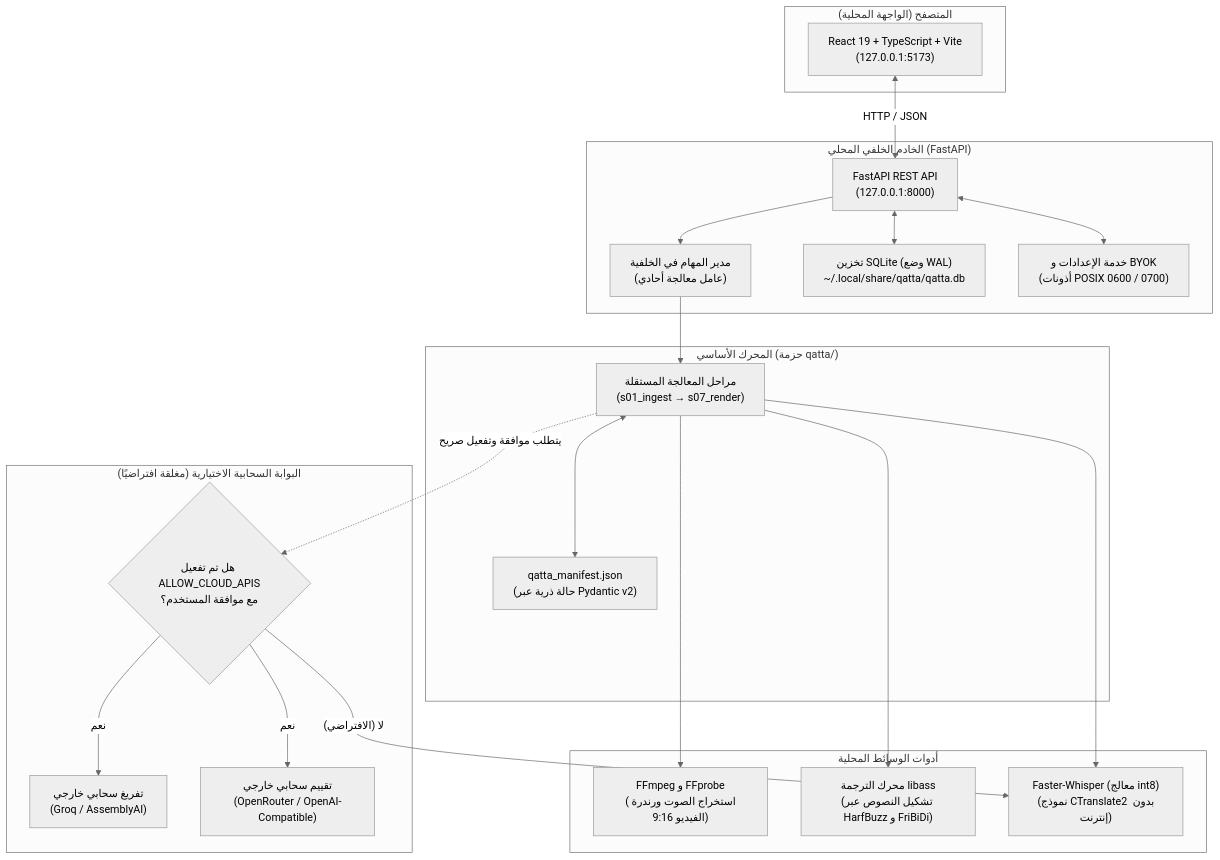
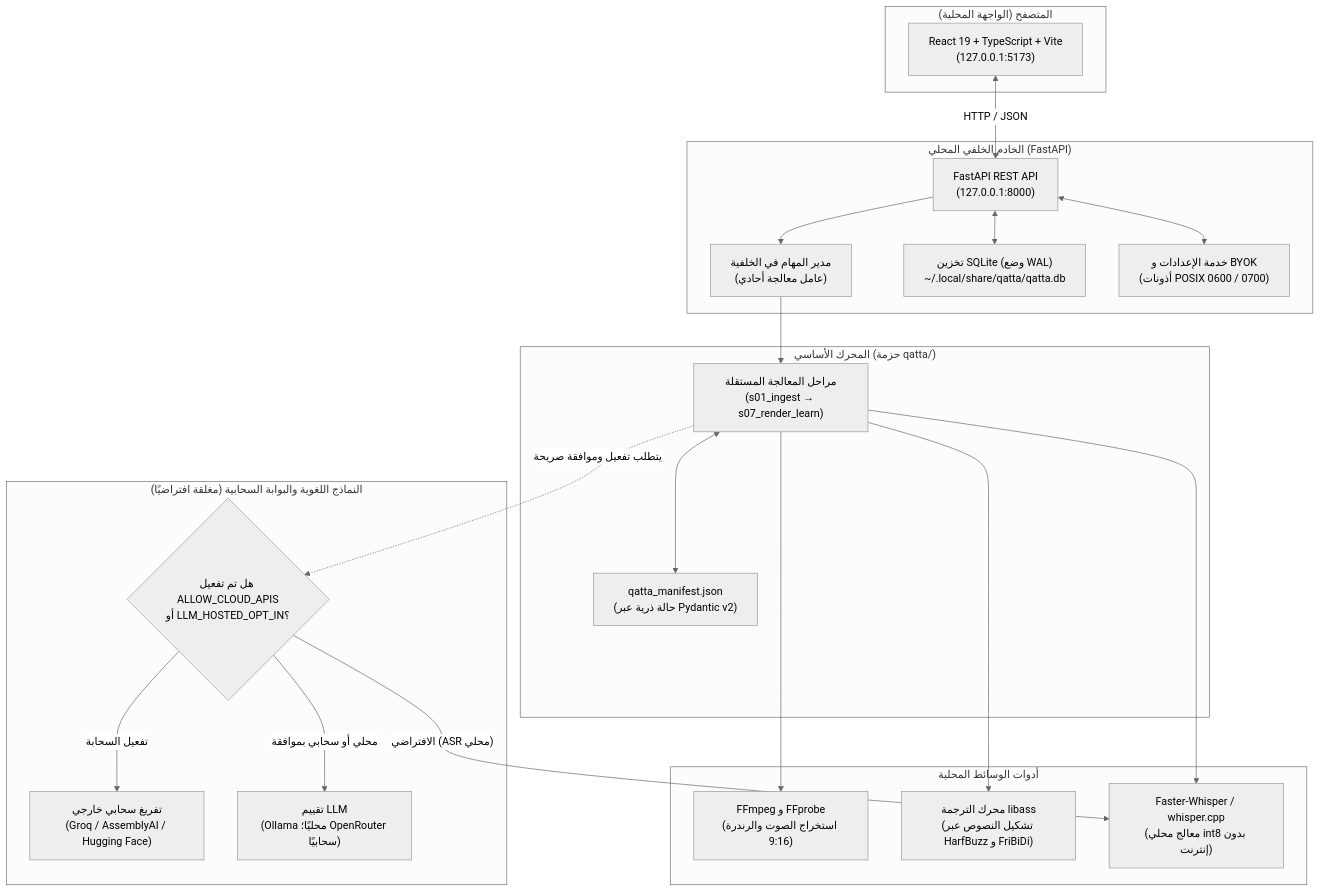
One commit to thewizard2030/laqta changed the diagram in README.ar.md. Above: the diagram before and after it, drawn with Mermaid (neutral theme). The commit also changed other lines of this file and 1 other file, not shown here.

````diff
--- a/README.ar.md
+++ b/README.ar.md
@@ -265,45 +325,45 @@
 ```mermaid
 flowchart TD
     subgraph Client["المتصفح (الواجهة المحلية)"]
         UI["React 19 + TypeScript + Vite<br/>(127.0.0.1:5173)"]
     end
 
     subgraph Backend["الخادم الخلفي المحلي (FastAPI)"]
         API["FastAPI REST API<br/>(127.0.0.1:8000)"]
         Jobs["مدير المهام في الخلفية<br/>(عامل معالجة أحادي)"]
         Repo["تخزين SQLite (وضع WAL)<br/>~/.local/share/qatta/qatta.db"]
         SettingsSvc["خدمة الإعدادات و BYOK<br/>(أذونات POSIX 0600 / 0700)"]
     end
 
     subgraph Core["المحرك الأساسي (حزمة qatta/)"]
         Manifest["qatta_manifest.json<br/>(حالة ذرية عبر Pydantic v2)"]
-        Pipeline["مراحل المعالجة المستقلة<br/>(s01_ingest → s07_render)"]
+        Pipeline["مراحل المعالجة المستقلة<br/>(s01_ingest → s07_render_learn)"]
     end
 
     subgraph LocalTools["أدوات الوسائط المحلية"]
-        FFmpeg["FFmpeg و FFprobe<br/>(استخراج الصوت ورندرة الفيديو 9:16)"]
+        FFmpeg["FFmpeg و FFprobe<br/>(استخراج الصوت والرندرة 9:16)"]
         Libass["محرك الترجمة libass<br/>(تشكيل النصوص عبر HarfBuzz و FriBiDi)"]
-        Whisper["Faster-Whisper (معالج int8)<br/>(نموذج CTranslate2 بدون إنترنت)"]
+        Whisper["Faster-Whisper / whisper.cpp<br/>(معالج محلي int8 بدون إنترنت)"]
     end
 
-    subgraph CloudGate["البوابة السحابية الاختيارية (مغلقة افتراضيًا)"]
-        Gate{"هل تم تفعيل ALLOW_CLOUD_APIS<br/>مع موافقة المستخدم؟"}
-        HostedASR["تفريغ سحابي خارجي<br/>(Groq / AssemblyAI)"]
-        HostedLLM["تقييم سحابي خارجي<br/>(OpenRouter / OpenAI-Compatible)"]
+    subgraph CloudGate["النماذج اللغوية والبوابة السحابية (مغلقة افتراضيًا)"]
+        Gate{"هل تم تفعيل ALLOW_CLOUD_APIS<br/>أو LLM_HOSTED_OPT_IN؟"}
+        HostedASR["تفريغ سحابي خارجي<br/>(Groq / AssemblyAI / Hugging Face)"]
+        HostedLLM["تقييم LLM<br/>(Ollama محليًا؛ OpenRouter سحابيًا)"]
     end
 
     UI <-->|HTTP / JSON| API
     API --> Jobs
     API <--> Repo
     API <--> SettingsSvc
     Jobs --> Pipeline
     Pipeline <--> Manifest
     Pipeline --> FFmpeg
     Pipeline --> Libass
     Pipeline --> Whisper
 
-    Pipeline -.->|يتطلب موافقة وتفعيل صريح| Gate
-    Gate -->|نعم| HostedASR
-    Gate -->|نعم| HostedLLM
-    Gate -->|"لا (الافتراضي)"| Whisper
+    Pipeline -.->|يتطلب تفعيل وموافقة صريحة| Gate
+    Gate -->|تفعيل السحابة| HostedASR
+    Gate -->|محلي أو سحابي بموافقة| HostedLLM
+    Gate -->|"الافتراضي (ASR محلي)"| Whisper
 ```
````
